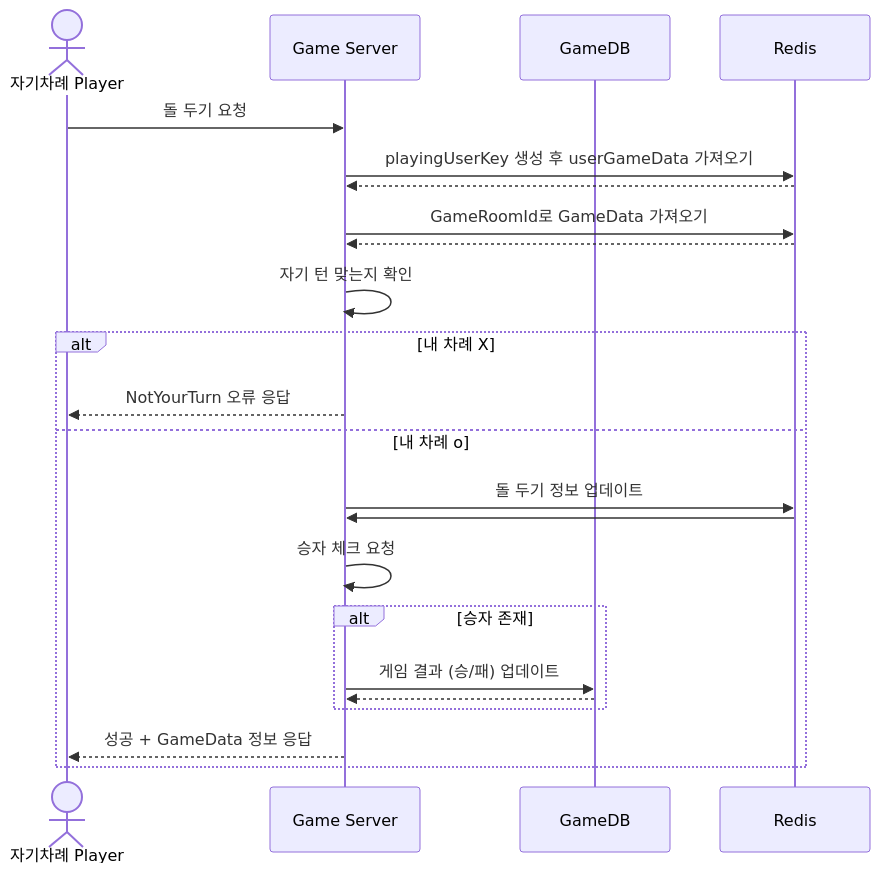
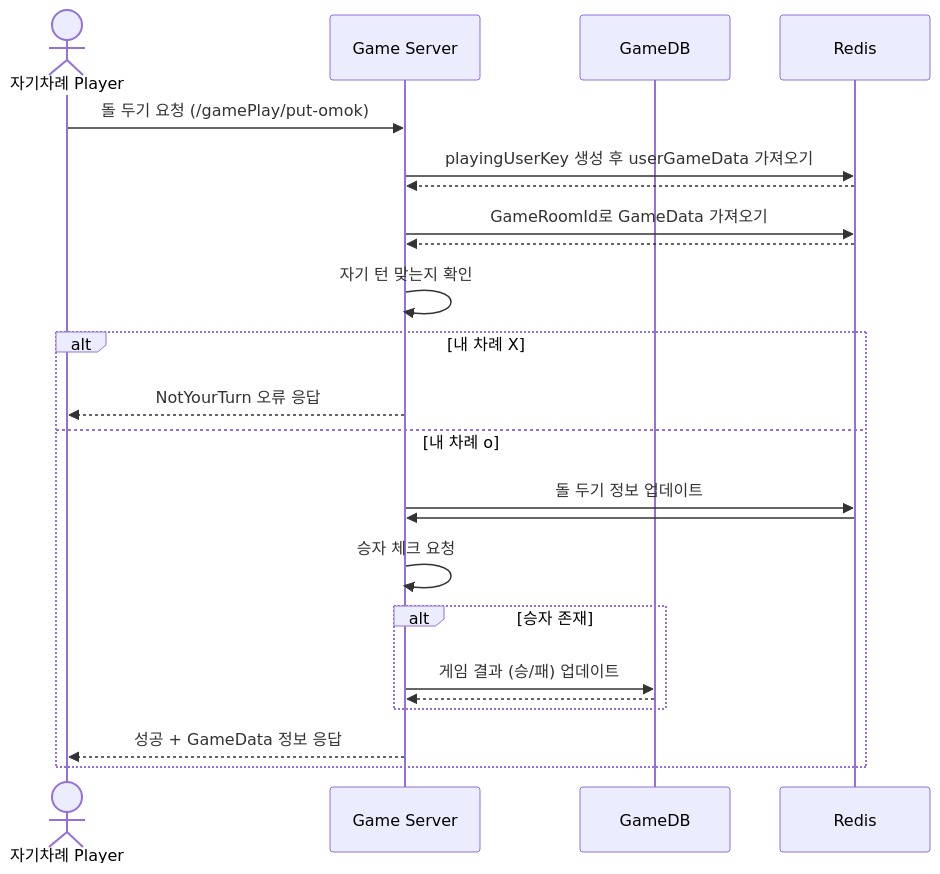
The second of 4 diagrams in SequenceDiagram/GamePlay.md (yujinS0/Omok-Game), drawn with Mermaid before and after one commit. The commit also changed other lines of this file, not shown here.

````diff
--- a/SequenceDiagram/GamePlay.md
+++ b/SequenceDiagram/GamePlay.md
@@ -37,29 +36,29 @@
 ```mermaid
 sequenceDiagram
 	actor P as 자기차례 Player
 	participant G as Game Server
 	participant GD as GameDB
   	participant R as Redis
 
-	P ->> G: 돌 두기 요청
+	P ->> G: 돌 두기 요청 (/gamePlay/put-omok)
 	G ->> R : playingUserKey 생성 후 userGameData 가져오기
 	R -->> G :  
   	G ->> R : GameRoomId로 GameData 가져오기
   	R -->> G: 
 
 	G ->> G : 자기 턴 맞는지 확인
 	alt 내 차례 X
 		G-->>P: NotYourTurn 오류 응답
 	else 내 차례 o
 		G ->> R : 돌 두기 정보 업데이트
 		R ->> G :  
 	
 		G ->> G : 승자 체크 요청
 		alt 승자 존재
 		  G ->> GD : 게임 결과 (승/패) 업데이트
 		  GD -->> G :   
 		end
 	
 	  	G -->> P : 성공 + GameData 정보 응답
 	end
 ```
````
